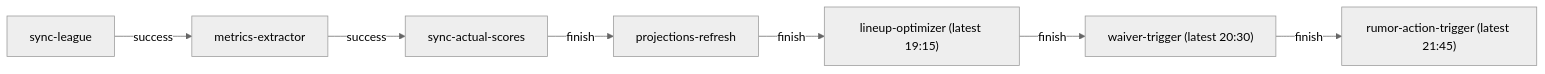
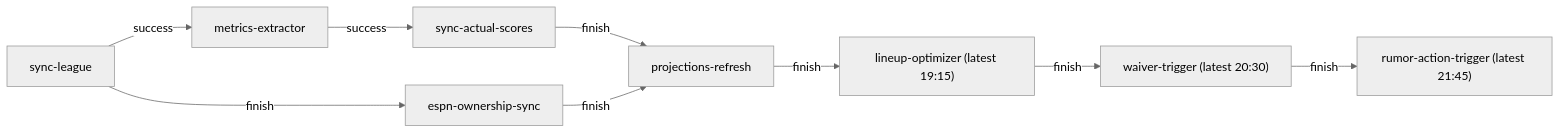
One commit to cvillarr23/fantasy-infra changed the diagram in docs/schedules.md. Above: the diagram before and after it, drawn with Mermaid (neutral theme). The commit also changed other lines of this file and 5 other files, not shown here.

First line of the commit message:
Schedule sync_espn_ownership daily as the espn-ownership-sync launcher job

````diff
--- a/docs/schedules.md
+++ b/docs/schedules.md
@@ -37,16 +38,19 @@
 ```mermaid
 flowchart LR
     sync-league["sync-league"]
     metrics-extractor["metrics-extractor"]
     sync-actual-scores["sync-actual-scores"]
+    espn-ownership-sync["espn-ownership-sync"]
     projections-refresh["projections-refresh"]
     lineup-optimizer["lineup-optimizer (latest 19:15)"]
     waiver-trigger["waiver-trigger (latest 20:30)"]
     rumor-action-trigger["rumor-action-trigger (latest 21:45)"]
     sync-league -->|success| metrics-extractor
     metrics-extractor -->|success| sync-actual-scores
+    sync-league -->|finish| espn-ownership-sync
     sync-actual-scores -->|finish| projections-refresh
+    espn-ownership-sync -->|finish| projections-refresh
     projections-refresh -->|finish| lineup-optimizer
     lineup-optimizer -->|finish| waiver-trigger
     waiver-trigger -->|finish| rumor-action-trigger
 ```
````
